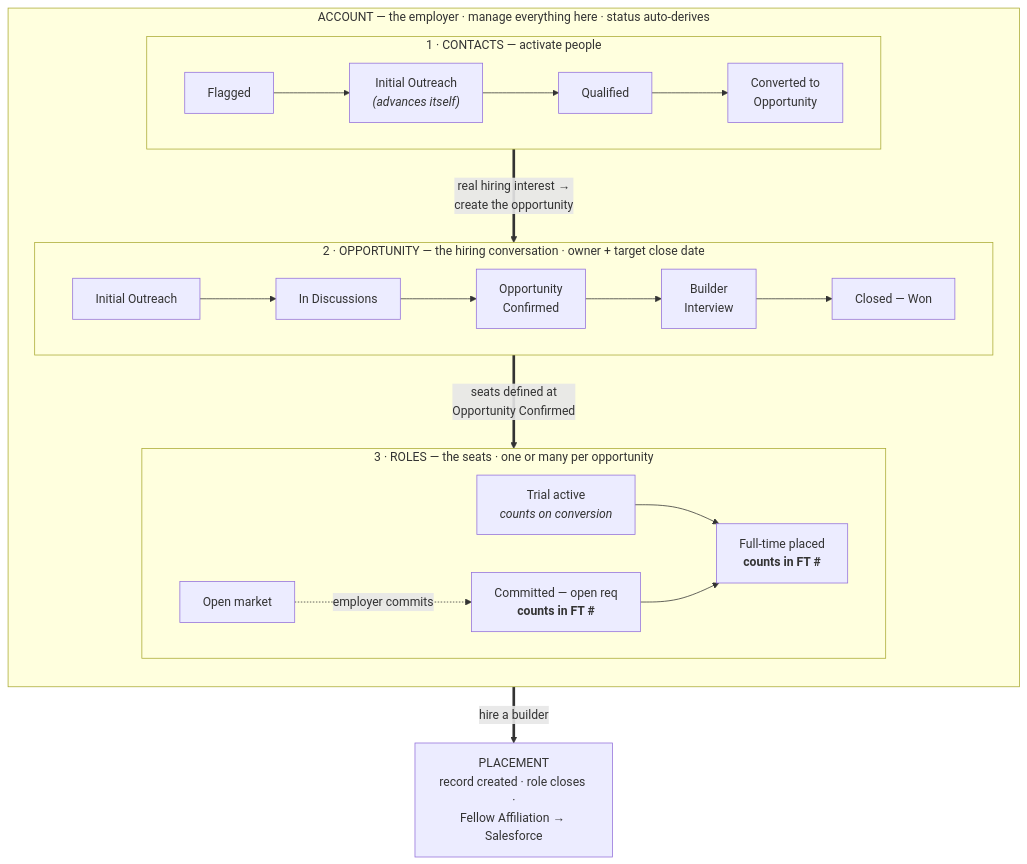
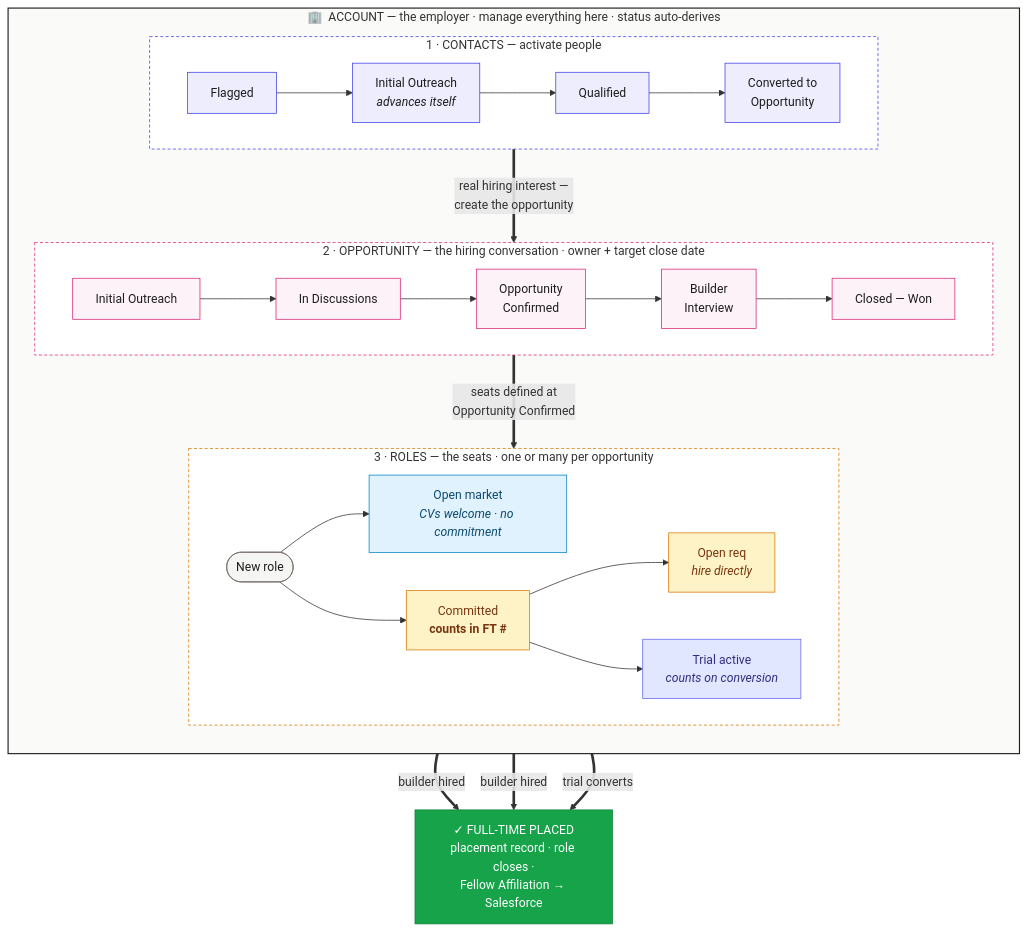
One commit to Pursuit-Assets/bedrock changed the first of 2 diagrams in product/jobs-playbook-2026.md. Above: the diagram before and after it, drawn with Mermaid. The commit also changed other lines of this file, not shown here.

Commit message:
docs(playbook): fix roles diagram — open market vs committed, trial optional under committed, any kind can place; add color styling

````diff
--- a/product/jobs-playbook-2026.md
+++ b/product/jobs-playbook-2026.md
@@ -31,23 +31,45 @@
 ```mermaid
 flowchart TB
-  subgraph ACCT["ACCOUNT — the employer · manage everything here · status auto-derives"]
+  subgraph ACCT["&nbsp;&nbsp;🏢 &nbsp;ACCOUNT — the employer · manage everything here · status auto-derives&nbsp;&nbsp;"]
     direction TB
-    subgraph CT["1 · CONTACTS — activate people"]
+    subgraph CT["&nbsp;1 · CONTACTS — activate people&nbsp;"]
       direction LR
-      f["Flagged"] --> io["Initial Outreach<br/><i>(advances itself)</i>"] --> q["Qualified"] --> conv["Converted to<br/>Opportunity"]
+      f["Flagged"] --> io["Initial Outreach<br/><i>advances itself</i>"] --> q["Qualified"] --> conv["Converted to<br/>Opportunity"]
     end
-    subgraph OP["2 · OPPORTUNITY — the hiring conversation · owner + target close date"]
+    subgraph OP["&nbsp;2 · OPPORTUNITY — the hiring conversation · owner + target close date&nbsp;"]
       direction LR
       s1["Initial Outreach"] --> s2["In Discussions"] --> s3["Opportunity<br/>Confirmed"] --> s4["Builder<br/>Interview"] --> s5["Closed — Won"]
     end
-    subgraph RL["3 · ROLES — the seats · one or many per opportunity"]
+    subgraph RL["&nbsp;3 · ROLES — the seats · one or many per opportunity&nbsp;"]
       direction LR
-      om["Open market"] -.->|"employer commits"| co["Committed — open req<br/><b>counts in FT #</b>"]
-      tr["Trial active<br/><i>counts on conversion</i>"] --> ft["Full-time placed<br/><b>counts in FT #</b>"]
-      co --> ft
+      r0(["New role"]) --> om["Open market<br/><i>CVs welcome · no commitment</i>"]
+      r0 --> co["Committed<br/><b>counts in FT #</b>"]
+      co --> req["Open req<br/><i>hire directly</i>"]
+      co --> tr["Trial active<br/><i>counts on conversion</i>"]
     end
-    CT ==>|"real hiring interest →<br/>create the opportunity"| OP
+    CT ==>|"real hiring interest —<br/>create the opportunity"| OP
     OP ==>|"seats defined at<br/>Opportunity Confirmed"| RL
   end
-  RL ==>|"hire a builder"| PL["PLACEMENT<br/>record created · role closes ·<br/>Fellow Affiliation → Salesforce"]
+  om ==>|"builder hired"| PL
+  req ==>|"builder hired"| PL["✓ FULL-TIME PLACED<br/>placement record · role closes ·<br/>Fellow Affiliation → Salesforce"]
+  tr ==>|"trial converts"| PL
+
+  classDef contactN fill:#EDEDFD,stroke:#4242EA,color:#1E1E1E
+  classDef oppN fill:#FDF2F8,stroke:#DB2777,color:#1E1E1E
+  classDef newN fill:#F5F5F4,stroke:#78716C,color:#1E1E1E
+  classDef openN fill:#E0F2FE,stroke:#0284C7,color:#0C4A6E
+  classDef commitN fill:#FEF3C7,stroke:#D97706,color:#78350F
+  classDef trialN fill:#E0E7FF,stroke:#6366F1,color:#312E81
+  classDef placedN fill:#16A34A,stroke:#15803D,color:#FFFFFF
+  class f,io,q,conv contactN
+  class s1,s2,s3,s4,s5 oppN
+  class r0 newN
+  class om openN
+  class co,req commitN
+  class tr trialN
+  class PL placedN
+  style ACCT fill:#FAFAF9,stroke:#1E1E1E,stroke-width:1.5px
+  style CT fill:#FFFFFF,stroke:#4242EA,stroke-dasharray:4 3
+  style OP fill:#FFFFFF,stroke:#DB2777,stroke-dasharray:4 3
+  style RL fill:#FFFFFF,stroke:#D97706,stroke-dasharray:4 3
 ```
````
